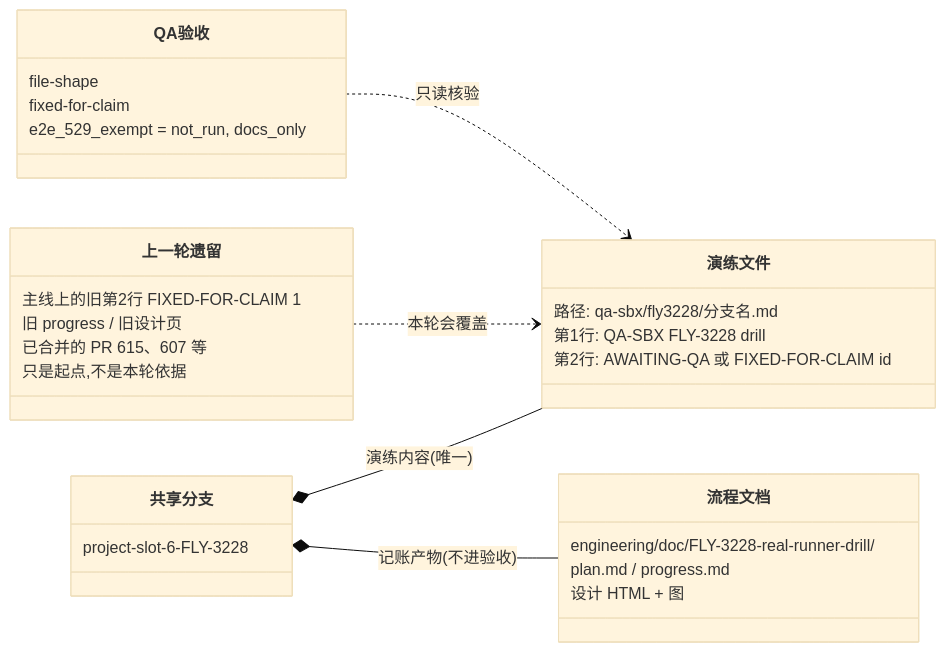
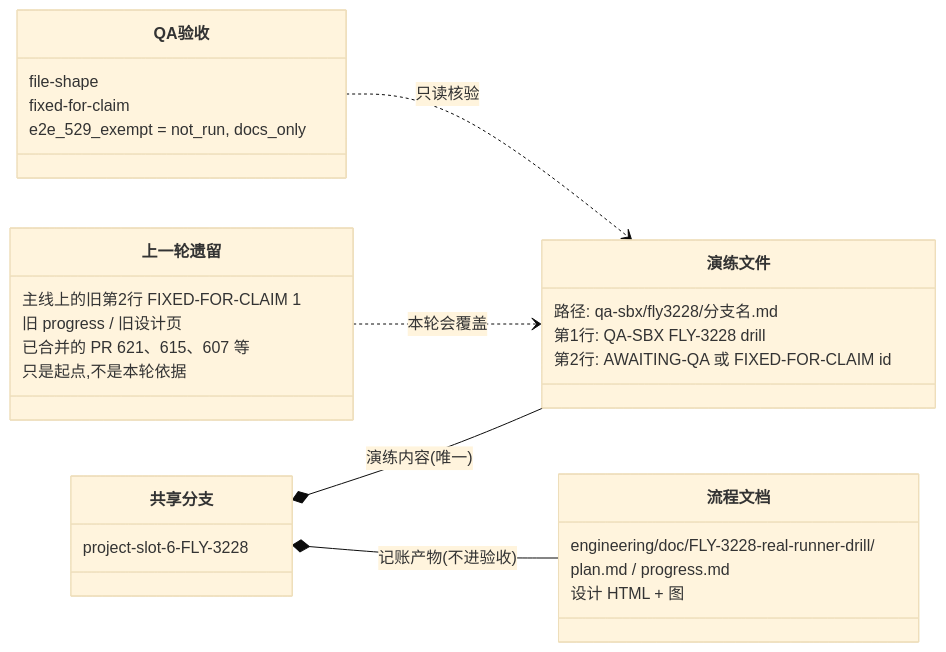
Before and after one commit to xrliAnnie/flywheel-qa-sandbox: the diagram in engineering/doc/FLY-3228-real-runner-drill/d2-data-model.mmd, drawn with Mermaid (base theme). The commit also changed 7 other files, not shown here.

```diff
--- a/engineering/doc/FLY-3228-real-runner-drill/d2-data-model.mmd
+++ b/engineering/doc/FLY-3228-real-runner-drill/d2-data-model.mmd
@@ -1,30 +1,30 @@
 classDiagram
     direction LR
     class 共享分支 {
         project-slot-6-FLY-3228
     }
     class 演练文件 {
         路径: qa-sbx/fly3228/分支名.md
         第1行: QA-SBX FLY-3228 drill
         第2行: AWAITING-QA 或 FIXED-FOR-CLAIM id
     }
     class 上一轮遗留 {
         主线上的旧第2行 FIXED-FOR-CLAIM 1
         旧 progress / 旧设计页
-        已合并的 PR 615、607 等
+        已合并的 PR 621、615、607 等
         只是起点,不是本轮依据
     }
     class 流程文档 {
         engineering/doc/FLY-3228-real-runner-drill/
         plan.md / progress.md
         设计 HTML + 图
     }
     class QA验收 {
         file-shape
         fixed-for-claim
         e2e_529_exempt = not_run, docs_only
     }
     共享分支 *-- 演练文件 : 演练内容(唯一)
     共享分支 *-- 流程文档 : 记账产物(不进验收)
     上一轮遗留 ..> 演练文件 : 本轮会覆盖
     QA验收 ..> 演练文件 : 只读核验
```
